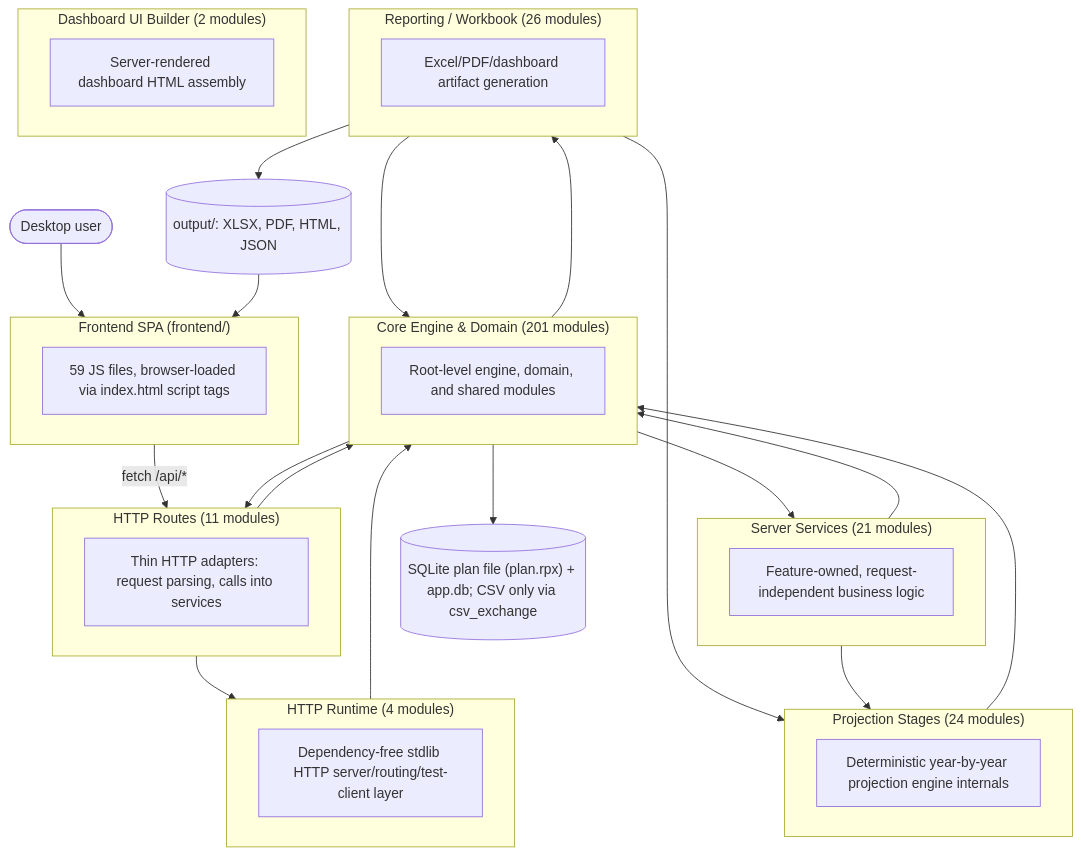
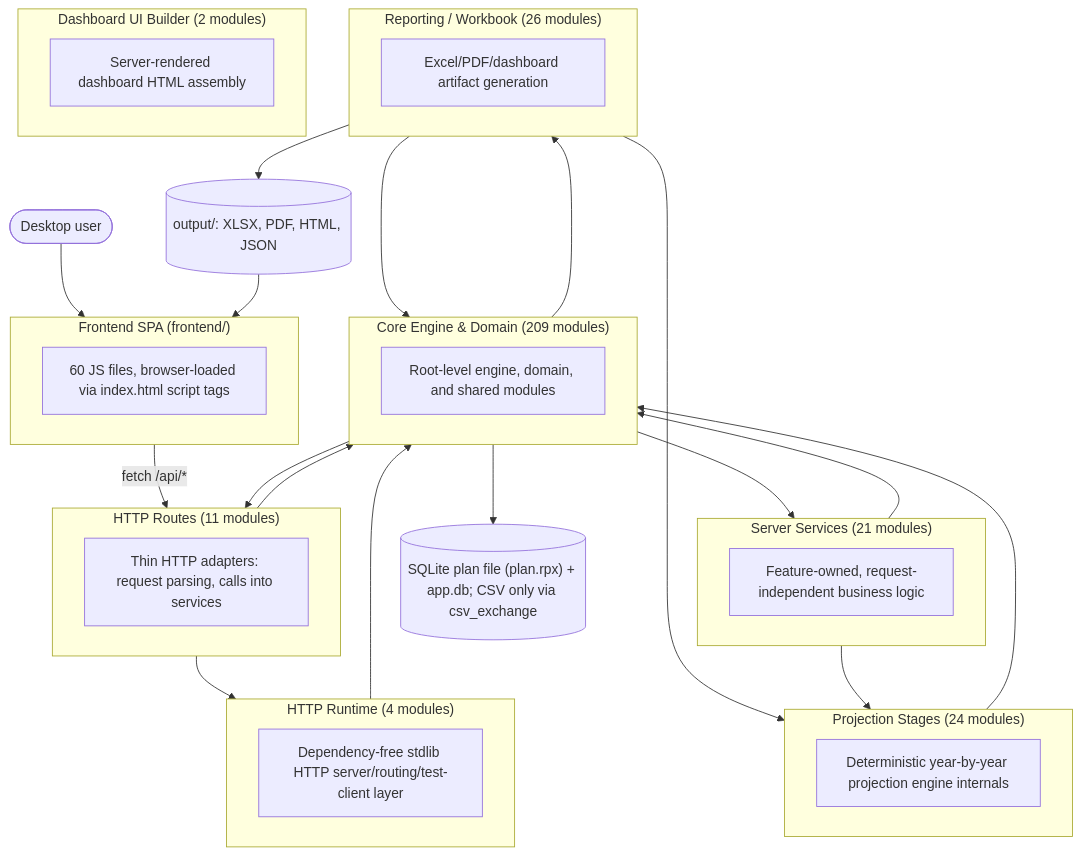
One commit to matthartzman/retirement_system changed the first of 2 diagrams in documentation/reference/SYSTEM_ARCHITECTURE_DIAGRAM.md. Above: the diagram before and after it, drawn with Mermaid. The commit also changed other lines of this file and 40 other files, not shown here.

````diff
--- a/documentation/reference/SYSTEM_ARCHITECTURE_DIAGRAM.md
+++ b/documentation/reference/SYSTEM_ARCHITECTURE_DIAGRAM.md
@@ -11,43 +11,43 @@
 ```mermaid
 flowchart TB
     User(["Desktop user"]) --> FE
     subgraph FE["Frontend SPA (frontend/)"]
-        FEcount["59 JS files, browser-loaded via index.html script tags"]
+        FEcount["60 JS files, browser-loaded via index.html script tags"]
     end
     FE -->|fetch /api/*| L_HTTP_Routes
     subgraph L_HTTP_Routes["HTTP Routes (11 modules)"]
         L_HTTP_Routes_d["Thin HTTP adapters: request parsing, calls into services"]
     end
     subgraph L_Server_Services["Server Services (21 modules)"]
         L_Server_Services_d["Feature-owned, request-independent business logic"]
     end
     subgraph L_HTTP_Runtime["HTTP Runtime (4 modules)"]
         L_HTTP_Runtime_d["Dependency-free stdlib HTTP server/routing/test-client layer"]
     end
-    subgraph L_Core_Engine___Domain["Core Engine & Domain (201 modules)"]
+    subgraph L_Core_Engine___Domain["Core Engine & Domain (209 modules)"]
         L_Core_Engine___Domain_d["Root-level engine, domain, and shared modules"]
     end
     subgraph L_Projection_Stages["Projection Stages (24 modules)"]
         L_Projection_Stages_d["Deterministic year-by-year projection engine internals"]
     end
     subgraph L_Reporting___Workbook["Reporting / Workbook (26 modules)"]
         L_Reporting___Workbook_d["Excel/PDF/dashboard artifact generation"]
     end
     subgraph L_Dashboard_UI_Builder["Dashboard UI Builder (2 modules)"]
         L_Dashboard_UI_Builder_d["Server-rendered dashboard HTML assembly"]
     end
     L_Core_Engine___Domain --> L_HTTP_Routes
     L_Core_Engine___Domain --> L_Reporting___Workbook
     L_Core_Engine___Domain --> L_Server_Services
     L_HTTP_Routes --> L_Core_Engine___Domain
     L_HTTP_Routes --> L_HTTP_Runtime
     L_HTTP_Runtime --> L_Core_Engine___Domain
     L_Projection_Stages --> L_Core_Engine___Domain
     L_Reporting___Workbook --> L_Core_Engine___Domain
     L_Reporting___Workbook --> L_Projection_Stages
     L_Server_Services --> L_Core_Engine___Domain
     L_Server_Services --> L_Projection_Stages
     L_Core_Engine___Domain --> DB[("SQLite plan file (plan.rpx) + app.db; CSV only via csv_exchange")]
     L_Reporting___Workbook --> Outputs[("output/: XLSX, PDF, HTML, JSON")]
     Outputs --> FE
 ```
````
